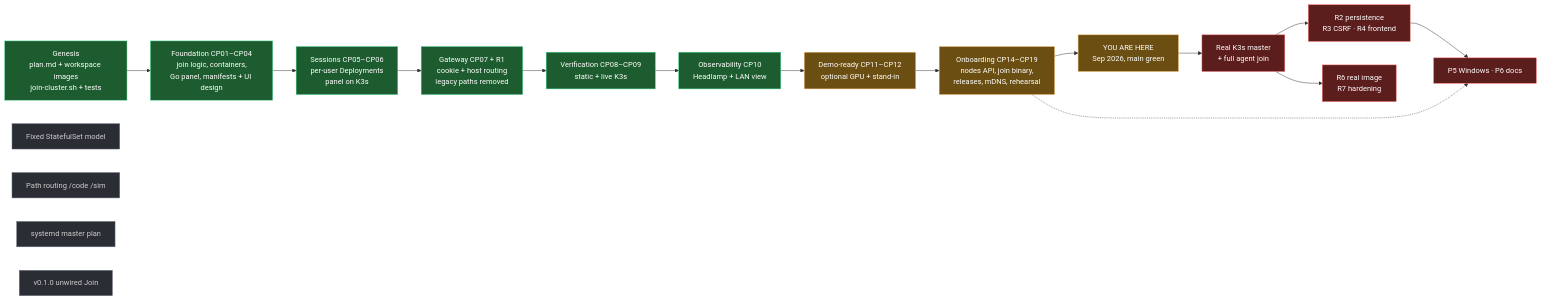
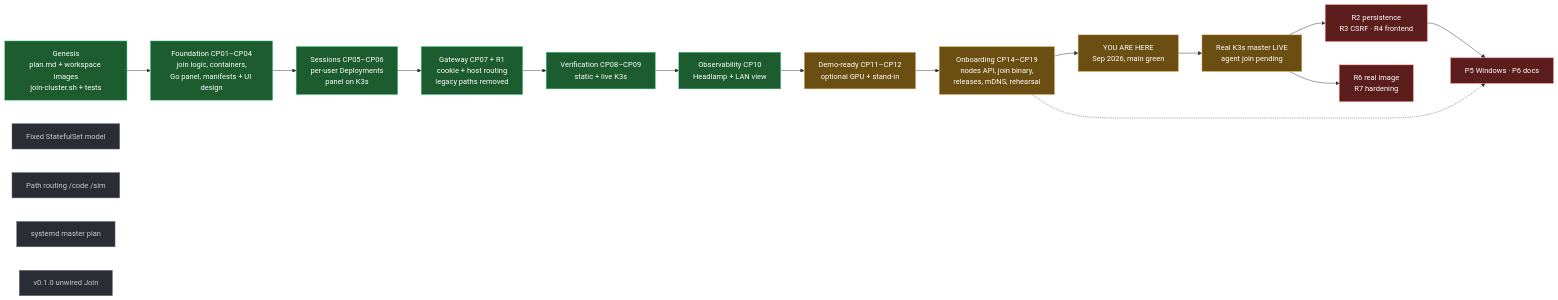
Before and after one commit to GITGUYX8/LDNDRC: the first of 3 diagrams in docs/project-journey-report.md, drawn with Mermaid. The commit also changed other lines of this file and 2 other files, not shown here.

First line of the commit message:
docs: checkpoint-20 real-master cutover, journey + roadmap refresh

````diff
--- a/docs/project-journey-report.md
+++ b/docs/project-journey-report.md
@@ -20,32 +20,32 @@
 ```mermaid
 flowchart LR
     classDef done fill:#1d5c2e,stroke:#3ecf8e,color:#fff
     classDef prov fill:#6b4e12,stroke:#f5b86c,color:#fff
     classDef missing fill:#5c1d1d,stroke:#f56c6c,color:#fff
     classDef gone fill:#2a2d34,stroke:#6b7280,color:#ccc
 
     GEN["Genesis<br/>plan.md + workspace images<br/>join-cluster.sh + tests"]:::done
     FND["Foundation CP01–CP04<br/>join logic, containers,<br/>Go panel, manifests + UI design"]:::done
     SES["Sessions CP05–CP06<br/>per-user Deployments<br/>panel on K3s"]:::done
     GW["Gateway CP07 + R1<br/>cookie + host routing<br/>legacy paths removed"]:::done
     VER["Verification CP08–CP09<br/>static + live K3s"]:::done
     OBS["Observability CP10<br/>Headlamp + LAN view"]:::done
     DEMO["Demo-ready CP11–CP12<br/>optional GPU + stand-in"]:::prov
     ONB["Onboarding CP14–CP19<br/>nodes API, join binary,<br/>releases, mDNS, rehearsal"]:::prov
     YOU["YOU ARE HERE<br/>Sep 2026, main green"]:::prov
 
-    REAL["Real K3s master<br/>+ full agent join"]:::missing
+    REAL["Real K3s master LIVE<br/>agent join pending"]:::prov
     FEAT["R2 persistence<br/>R3 CSRF · R4 frontend"]:::missing
     IMG["R6 real image<br/>R7 hardening"]:::missing
     P56["P5 Windows · P6 docs"]:::missing
 
     OLD1["Fixed StatefulSet model"]:::gone
     OLD2["Path routing /code /sim"]:::gone
     OLD3["systemd master plan"]:::gone
     OLD4["v0.1.0 unwired Join"]:::gone
 
     GEN --> FND --> SES --> GW --> VER --> OBS --> DEMO --> ONB --> YOU --> REAL --> FEAT
     REAL --> IMG
     FEAT --> P56
     ONB -.-> P56
 ```
````
